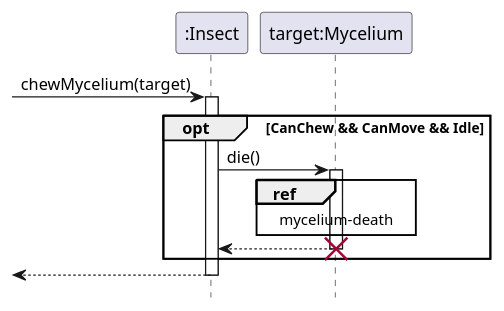
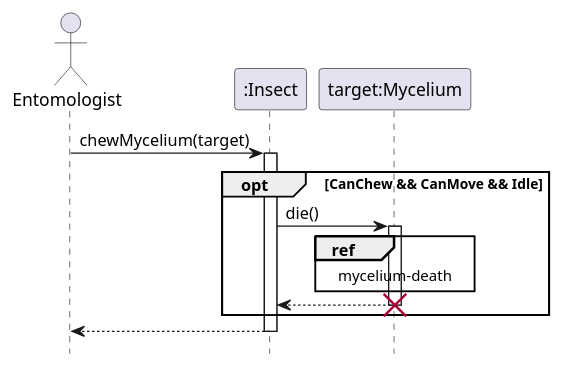
Before and after one commit to ZD4ve/projlab-error521: the diagram in Insect/chew.pu, drawn with PlantUML. The commit also changed 12 other files, not shown here.

Commit message:
removed unnecessary refs, added actors to seq diagrams

```diff
--- a/Insect/chew.pu
+++ b/Insect/chew.pu
@@ -1,25 +1,26 @@
 @startuml Insect/chew
 hide footbox
 
+actor Entomologist
 participant ":Insect" as insect
 participant "target:Mycelium" as target
 
--> insect : chewMycelium(target)
+' TODO target
+Entomologist -> insect : chewMycelium(target)
 activate insect
 
 opt CanChew && CanMove && Idle
     insect -> target : die()
     activate target
 
     ref over target
         mycelium-death
     end ref
 
     return
     destroy target
 end
 
-<-- insect
-deactivate insect
+return
 
 @enduml
```
